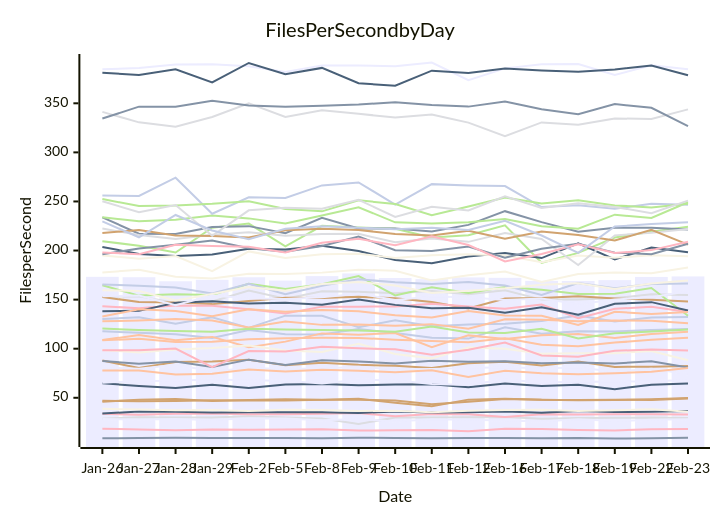
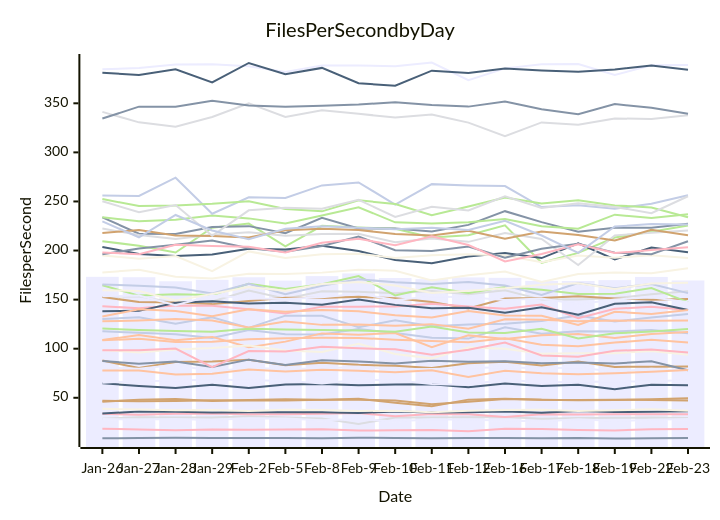
One commit to streetsidesoftware/cspell changed the diagram in perf-report.md. Above: the diagram before and after it, drawn with Mermaid. The commit also changed other lines of this file and 1 other file, not shown here.

````diff
--- a/perf-report.md
+++ b/perf-report.md
@@ -10,57 +10,57 @@
 ```mermaid
 xychart-beta
     title Files Per Second by Day
     y-axis Files per Second
     x-axis Date [Jan-26, Jan-27, Jan-28, Jan-29, Feb-2, Feb-5, Feb-8, Feb-9, Feb-10, Feb-11, Feb-12, Feb-16, Feb-17, Feb-18, Feb-19, Feb-22, Feb-23]
-    bar [173.21, 172.82, 168.69, 170.17, 172.76, 169.39, 173.94, 176.68, 172.01, 170.80, 172.59, 172.20, 169.11, 168.97, 169.87, 173.10, 173.62]
-    line [8.69, 9.06, 9.17, 8.90, 9.14, 9.10, 8.87, 9.39, 9.10, 8.79, 9.11, 8.93, 8.64, 9.05, 8.51, 8.78, 9.27]
-    line [108.52, 110.13, 106.78, 107.20, 109.65, 110.63, 111.16, 110.94, 109.21, 107.83, 106.68, 110.60, 103.95, 102.58, 106.20, 108.99, 111.18]
-    line [28.70, 30.12, 29.90, 29.99, 31.08, 29.80, 28.87, 23.26, 29.91, 29.82, 30.05, 30.35, 28.52, 29.28, 29.65, 29.97, 29.37]
-    line [209.49, 204.94, 198.04, 223.32, 227.45, 204.37, 225.14, 223.42, 222.08, 213.20, 215.50, 225.73, 187.50, 197.59, 213.32, 219.03, 224.20]
-    line [87.91, 80.34, 86.50, 86.84, 88.66, 83.22, 85.59, 83.52, 82.54, 80.25, 85.24, 86.74, 82.84, 86.83, 81.45, 81.71, 82.39]
-    line [130.32, 132.03, 125.54, 132.09, 121.09, 133.64, 133.48, 121.84, 129.06, 122.93, 124.68, 125.50, 128.25, 133.90, 127.83, 131.88, 132.33]
-    line [33.70, 32.82, 33.62, 33.93, 33.23, 33.25, 33.77, 34.38, 31.28, 33.43, 33.24, 30.53, 33.31, 33.04, 33.28, 33.21, 33.00]
-    line [203.69, 196.52, 194.52, 195.98, 201.87, 201.12, 204.97, 199.43, 190.33, 187.01, 193.91, 197.53, 192.34, 207.35, 190.87, 203.05, 198.17]
-    line [195.04, 191.69, 194.48, 178.97, 199.11, 192.32, 196.15, 196.80, 192.49, 195.28, 196.29, 194.83, 188.10, 194.84, 192.66, 195.15, 194.10]
-    line [80.80, 79.69, 83.58, 77.01, 80.34, 79.32, 79.86, 81.63, 78.70, 79.41, 80.42, 80.99, 80.08, 80.78, 76.61, 79.69, 73.99]
-    line [233.87, 217.12, 216.93, 224.01, 224.86, 217.64, 233.33, 222.49, 222.54, 219.50, 226.16, 240.10, 228.96, 219.08, 223.33, 223.11, 221.40]
-    line [127.88, 128.69, 130.23, 128.77, 121.54, 127.82, 124.27, 124.62, 123.31, 125.03, 120.42, 129.98, 129.47, 127.87, 128.69, 128.42, 125.90]
-    line [152.95, 153.44, 146.68, 148.04, 159.34, 150.93, 158.41, 157.97, 156.56, 158.71, 155.41, 159.62, 150.02, 150.05, 151.55, 155.58, 154.63]
-    line [233.83, 229.73, 231.27, 235.75, 232.76, 227.56, 235.60, 244.14, 228.71, 227.46, 228.82, 232.02, 224.80, 222.16, 236.53, 233.14, 249.19]
-    line [152.72, 147.54, 147.09, 145.41, 148.70, 151.93, 151.71, 152.93, 151.27, 147.55, 140.92, 151.13, 151.76, 153.31, 151.18, 149.85, 148.03]
-    line [256.11, 255.68, 274.20, 237.51, 254.20, 253.57, 266.34, 269.39, 246.86, 267.66, 266.35, 265.66, 244.28, 246.16, 242.48, 247.66, 246.58]
-    line [18.55, 17.57, 16.82, 17.76, 17.39, 17.79, 18.01, 16.74, 16.81, 17.17, 15.81, 18.35, 18.08, 17.18, 16.76, 17.88, 18.11]
-    line [33.94, 35.92, 35.70, 34.97, 35.24, 35.24, 35.29, 34.51, 36.01, 35.10, 35.21, 35.98, 34.82, 36.43, 35.46, 35.84, 36.60]
-    line [38.81, 37.93, 37.35, 37.58, 36.65, 37.87, 37.52, 36.62, 36.71, 35.21, 36.78, 37.62, 37.74, 36.57, 37.30, 38.24, 35.85]
-    line [384.72, 385.87, 389.43, 389.76, 387.86, 381.95, 388.55, 388.50, 387.75, 391.57, 373.53, 385.59, 389.88, 390.09, 378.81, 388.65, 384.76]
-    line [87.49, 84.71, 86.94, 81.29, 88.85, 83.51, 88.25, 87.06, 84.92, 87.81, 86.69, 87.24, 85.15, 85.90, 85.00, 87.17, 80.91]
-    line [77.74, 77.78, 73.82, 74.60, 78.73, 76.88, 78.62, 77.47, 76.02, 78.07, 71.09, 77.64, 74.87, 74.07, 74.98, 76.63, 80.40]
-    line [222.41, 215.81, 211.64, 216.10, 218.52, 215.06, 216.88, 216.99, 208.40, 212.31, 208.84, 217.81, 211.80, 185.28, 215.46, 218.06, 221.89]
-    line [164.60, 154.09, 155.59, 154.71, 166.16, 160.94, 165.57, 174.04, 154.30, 162.65, 156.66, 162.87, 159.96, 155.64, 155.90, 161.77, 133.49]
-    line [217.84, 220.87, 215.44, 214.77, 213.40, 220.70, 222.08, 221.01, 216.87, 215.38, 220.23, 212.12, 219.37, 215.84, 210.18, 221.20, 205.97]
-    line [117.78, 116.14, 114.78, 110.96, 118.96, 114.84, 114.56, 119.99, 116.03, 111.12, 110.27, 121.81, 115.35, 117.70, 117.45, 119.10, 119.94]
-    line [143.21, 141.20, 143.98, 143.78, 140.14, 135.87, 142.86, 142.75, 143.10, 145.82, 143.11, 140.65, 144.98, 130.98, 140.65, 142.78, 137.50]
-    line [64.72, 62.00, 60.00, 63.28, 59.94, 63.60, 64.06, 62.64, 63.65, 63.88, 60.68, 64.42, 62.12, 63.28, 58.66, 63.36, 64.64]
-    line [177.69, 180.46, 173.36, 171.47, 176.27, 176.08, 177.50, 180.37, 179.50, 169.53, 174.82, 178.71, 168.06, 176.19, 177.57, 176.95, 182.70]
-    line [65.41, 67.07, 67.22, 68.71, 67.83, 67.42, 64.50, 68.29, 67.95, 63.94, 63.10, 68.79, 65.40, 66.62, 66.45, 66.78, 67.99]
-    line [196.11, 202.03, 205.84, 210.33, 202.30, 198.84, 204.68, 214.35, 200.27, 199.54, 204.14, 192.69, 201.75, 206.87, 197.87, 196.25, 206.86]
-    line [108.80, 113.98, 108.63, 112.03, 101.57, 107.21, 115.59, 114.29, 115.98, 101.55, 113.56, 109.85, 113.73, 114.86, 110.85, 114.90, 117.25]
-    line [341.26, 330.59, 326.24, 336.05, 350.02, 336.18, 342.95, 339.36, 335.43, 338.51, 330.30, 316.59, 330.53, 328.24, 334.55, 334.07, 343.84]
-    line [252.46, 245.33, 245.88, 247.56, 250.17, 242.23, 239.94, 251.24, 247.36, 235.88, 244.92, 253.98, 247.84, 251.30, 245.99, 243.93, 247.66]
-    line [46.87, 46.43, 46.80, 47.45, 47.29, 47.35, 47.86, 48.05, 47.30, 43.46, 46.02, 48.76, 47.89, 47.85, 48.05, 47.61, 49.23]
-    line [165.48, 164.06, 162.34, 156.27, 166.07, 155.61, 164.06, 170.66, 167.78, 165.93, 167.97, 164.38, 154.74, 166.79, 161.65, 166.00, 166.53]
-    line [197.93, 196.32, 205.82, 204.70, 203.85, 198.04, 207.86, 211.91, 205.36, 214.41, 205.57, 188.86, 196.47, 206.41, 197.46, 200.43, 208.92]
-    line [138.21, 138.55, 146.90, 148.25, 146.04, 146.87, 144.71, 150.09, 144.64, 141.32, 141.68, 136.63, 142.32, 134.55, 145.82, 147.42, 138.82]
-    line [98.65, 96.11, 99.25, 100.66, 103.18, 98.24, 96.65, 104.96, 94.67, 90.15, 101.17, 99.92, 94.76, 95.38, 95.32, 97.68, 88.29]
-    line [28.41, 27.77, 28.43, 27.26, 29.20, 28.78, 27.22, 28.25, 25.94, 28.04, 27.66, 26.73, 25.95, 28.09, 26.29, 27.51, 28.24]
-    line [334.45, 346.57, 346.60, 352.58, 347.78, 346.57, 347.57, 348.75, 351.19, 348.15, 346.62, 351.78, 343.88, 338.94, 349.19, 345.47, 326.73]
-    line [132.73, 140.24, 138.48, 133.03, 140.20, 137.55, 139.32, 138.06, 134.03, 131.86, 138.50, 133.91, 133.44, 124.24, 137.70, 135.31, 137.50]
-    line [250.24, 239.03, 246.34, 215.04, 240.95, 243.60, 242.70, 251.69, 234.31, 244.51, 240.78, 255.22, 243.34, 248.23, 244.44, 238.03, 250.82]
-    line [120.57, 119.01, 117.99, 117.30, 120.43, 119.43, 118.96, 118.43, 117.39, 122.51, 116.51, 115.88, 120.25, 110.42, 115.69, 117.45, 119.45]
-    line [46.02, 47.96, 48.80, 46.78, 47.79, 48.42, 47.97, 48.95, 44.92, 41.33, 48.11, 48.93, 47.91, 47.47, 47.85, 48.58, 49.89]
-    line [229.64, 213.50, 236.23, 220.41, 211.45, 222.13, 224.72, 223.26, 221.76, 223.13, 220.88, 230.21, 215.32, 197.56, 224.48, 226.95, 228.86]
-    line [98.45, 98.30, 100.11, 81.16, 97.62, 97.16, 101.86, 100.35, 99.46, 93.91, 99.01, 106.34, 93.17, 91.86, 97.86, 99.22, 98.09]
-    line [381.11, 378.87, 384.64, 371.32, 391.09, 379.53, 386.07, 370.43, 367.95, 383.26, 380.80, 385.48, 383.39, 382.12, 384.41, 388.46, 378.57]
-    line [159.47, 158.84, 149.03, 155.81, 162.82, 158.93, 165.88, 167.89, 164.45, 156.78, 159.08, 161.56, 165.23, 166.55, 160.76, 166.40, 169.60]
-    line [153.48, 154.19, 144.39, 154.19, 151.10, 150.58, 152.48, 156.02, 149.70, 153.17, 152.51, 149.58, 151.17, 145.28, 150.19, 152.37, 158.44]
+    bar [173.21, 172.82, 168.69, 170.17, 172.76, 169.39, 173.94, 176.68, 172.01, 170.80, 172.59, 172.20, 169.11, 168.97, 169.87, 173.10, 169.52]
+    line [8.69, 9.06, 9.17, 8.90, 9.14, 9.10, 8.87, 9.39, 9.10, 8.79, 9.11, 8.93, 8.64, 9.05, 8.51, 8.78, 8.98]
+    line [108.52, 110.13, 106.78, 107.20, 109.65, 110.63, 111.16, 110.94, 109.21, 107.83, 106.68, 110.60, 103.95, 102.58, 106.20, 108.99, 106.23]
+    line [28.70, 30.12, 29.90, 29.99, 31.08, 29.80, 28.87, 23.26, 29.91, 29.82, 30.05, 30.35, 28.52, 29.28, 29.65, 29.97, 29.42]
+    line [209.49, 204.94, 198.04, 223.32, 227.45, 204.37, 225.14, 223.42, 222.08, 213.20, 215.50, 225.73, 187.50, 197.59, 213.32, 219.03, 225.40]
+    line [87.91, 80.34, 86.50, 86.84, 88.66, 83.22, 85.59, 83.52, 82.54, 80.25, 85.24, 86.74, 82.84, 86.83, 81.45, 81.71, 81.96]
+    line [130.32, 132.03, 125.54, 132.09, 121.09, 133.64, 133.48, 121.84, 129.06, 122.93, 124.68, 125.50, 128.25, 133.90, 127.83, 131.88, 135.36]
+    line [33.70, 32.82, 33.62, 33.93, 33.23, 33.25, 33.77, 34.38, 31.28, 33.43, 33.24, 30.53, 33.31, 33.04, 33.28, 33.21, 33.17]
+    line [203.69, 196.52, 194.52, 195.98, 201.87, 201.12, 204.97, 199.43, 190.33, 187.01, 193.91, 197.53, 192.34, 207.35, 190.87, 203.05, 198.23]
+    line [195.04, 191.69, 194.48, 178.97, 199.11, 192.32, 196.15, 196.80, 192.49, 195.28, 196.29, 194.83, 188.10, 194.84, 192.66, 195.15, 192.32]
+    line [80.80, 79.69, 83.58, 77.01, 80.34, 79.32, 79.86, 81.63, 78.70, 79.41, 80.42, 80.99, 80.08, 80.78, 76.61, 79.69, 77.15]
+    line [233.87, 217.12, 216.93, 224.01, 224.86, 217.64, 233.33, 222.49, 222.54, 219.50, 226.16, 240.10, 228.96, 219.08, 223.33, 223.11, 227.19]
+    line [127.88, 128.69, 130.23, 128.77, 121.54, 127.82, 124.27, 124.62, 123.31, 125.03, 120.42, 129.98, 129.47, 127.87, 128.69, 128.42, 128.71]
+    line [152.95, 153.44, 146.68, 148.04, 159.34, 150.93, 158.41, 157.97, 156.56, 158.71, 155.41, 159.62, 150.02, 150.05, 151.55, 155.58, 158.55]
+    line [233.83, 229.73, 231.27, 235.75, 232.76, 227.56, 235.60, 244.14, 228.71, 227.46, 228.82, 232.02, 224.80, 222.16, 236.53, 233.14, 236.87]
+    line [152.72, 147.54, 147.09, 145.41, 148.70, 151.93, 151.71, 152.93, 151.27, 147.55, 140.92, 151.13, 151.76, 153.31, 151.18, 149.85, 150.69]
+    line [256.11, 255.68, 274.20, 237.51, 254.20, 253.57, 266.34, 269.39, 246.86, 267.66, 266.35, 265.66, 244.28, 246.16, 242.48, 247.66, 256.36]
+    line [18.55, 17.57, 16.82, 17.76, 17.39, 17.79, 18.01, 16.74, 16.81, 17.17, 15.81, 18.35, 18.08, 17.18, 16.76, 17.88, 18.10]
+    line [33.94, 35.92, 35.70, 34.97, 35.24, 35.24, 35.29, 34.51, 36.01, 35.10, 35.21, 35.98, 34.82, 36.43, 35.46, 35.84, 36.34]
+    line [38.81, 37.93, 37.35, 37.58, 36.65, 37.87, 37.52, 36.62, 36.71, 35.21, 36.78, 37.62, 37.74, 36.57, 37.30, 38.24, 36.77]
+    line [384.72, 385.87, 389.43, 389.76, 387.86, 381.95, 388.55, 388.50, 387.75, 391.57, 373.53, 385.59, 389.88, 390.09, 378.81, 388.65, 389.04]
+    line [87.49, 84.71, 86.94, 81.29, 88.85, 83.51, 88.25, 87.06, 84.92, 87.81, 86.69, 87.24, 85.15, 85.90, 85.00, 87.17, 77.95]
+    line [77.74, 77.78, 73.82, 74.60, 78.73, 76.88, 78.62, 77.47, 76.02, 78.07, 71.09, 77.64, 74.87, 74.07, 74.98, 76.63, 78.24]
+    line [222.41, 215.81, 211.64, 216.10, 218.52, 215.06, 216.88, 216.99, 208.40, 212.31, 208.84, 217.81, 211.80, 185.28, 215.46, 218.06, 220.51]
+    line [164.60, 154.09, 155.59, 154.71, 166.16, 160.94, 165.57, 174.04, 154.30, 162.65, 156.66, 162.87, 159.96, 155.64, 155.90, 161.77, 147.50]
+    line [217.84, 220.87, 215.44, 214.77, 213.40, 220.70, 222.08, 221.01, 216.87, 215.38, 220.23, 212.12, 219.37, 215.84, 210.18, 221.20, 215.57]
+    line [117.78, 116.14, 114.78, 110.96, 118.96, 114.84, 114.56, 119.99, 116.03, 111.12, 110.27, 121.81, 115.35, 117.70, 117.45, 119.10, 115.72]
+    line [143.21, 141.20, 143.98, 143.78, 140.14, 135.87, 142.86, 142.75, 143.10, 145.82, 143.11, 140.65, 144.98, 130.98, 140.65, 142.78, 139.39]
+    line [64.72, 62.00, 60.00, 63.28, 59.94, 63.60, 64.06, 62.64, 63.65, 63.88, 60.68, 64.42, 62.12, 63.28, 58.66, 63.36, 62.75]
+    line [177.69, 180.46, 173.36, 171.47, 176.27, 176.08, 177.50, 180.37, 179.50, 169.53, 174.82, 178.71, 168.06, 176.19, 177.57, 176.95, 181.84]
+    line [65.41, 67.07, 67.22, 68.71, 67.83, 67.42, 64.50, 68.29, 67.95, 63.94, 63.10, 68.79, 65.40, 66.62, 66.45, 66.78, 68.09]
+    line [196.11, 202.03, 205.84, 210.33, 202.30, 198.84, 204.68, 214.35, 200.27, 199.54, 204.14, 192.69, 201.75, 206.87, 197.87, 196.25, 209.40]
+    line [108.80, 113.98, 108.63, 112.03, 101.57, 107.21, 115.59, 114.29, 115.98, 101.55, 113.56, 109.85, 113.73, 114.86, 110.85, 114.90, 116.94]
+    line [341.26, 330.59, 326.24, 336.05, 350.02, 336.18, 342.95, 339.36, 335.43, 338.51, 330.30, 316.59, 330.53, 328.24, 334.55, 334.07, 337.95]
+    line [252.46, 245.33, 245.88, 247.56, 250.17, 242.23, 239.94, 251.24, 247.36, 235.88, 244.92, 253.98, 247.84, 251.30, 245.99, 243.93, 233.93]
+    line [46.87, 46.43, 46.80, 47.45, 47.29, 47.35, 47.86, 48.05, 47.30, 43.46, 46.02, 48.76, 47.89, 47.85, 48.05, 47.61, 47.20]
+    line [165.48, 164.06, 162.34, 156.27, 166.07, 155.61, 164.06, 170.66, 167.78, 165.93, 167.97, 164.38, 154.74, 166.79, 161.65, 166.00, 156.64]
+    line [197.93, 196.32, 205.82, 204.70, 203.85, 198.04, 207.86, 211.91, 205.36, 214.41, 205.57, 188.86, 196.47, 206.41, 197.46, 200.43, 203.43]
+    line [138.21, 138.55, 146.90, 148.25, 146.04, 146.87, 144.71, 150.09, 144.64, 141.32, 141.68, 136.63, 142.32, 134.55, 145.82, 147.42, 139.34]
+    line [98.65, 96.11, 99.25, 100.66, 103.18, 98.24, 96.65, 104.96, 94.67, 90.15, 101.17, 99.92, 94.76, 95.38, 95.32, 97.68, 93.94]
+    line [28.41, 27.77, 28.43, 27.26, 29.20, 28.78, 27.22, 28.25, 25.94, 28.04, 27.66, 26.73, 25.95, 28.09, 26.29, 27.51, 28.29]
+    line [334.45, 346.57, 346.60, 352.58, 347.78, 346.57, 347.57, 348.75, 351.19, 348.15, 346.62, 351.78, 343.88, 338.94, 349.19, 345.47, 339.39]
+    line [132.73, 140.24, 138.48, 133.03, 140.20, 137.55, 139.32, 138.06, 134.03, 131.86, 138.50, 133.91, 133.44, 124.24, 137.70, 135.31, 139.52]
+    line [250.24, 239.03, 246.34, 215.04, 240.95, 243.60, 242.70, 251.69, 234.31, 244.51, 240.78, 255.22, 243.34, 248.23, 244.44, 238.03, 255.33]
+    line [120.57, 119.01, 117.99, 117.30, 120.43, 119.43, 118.96, 118.43, 117.39, 122.51, 116.51, 115.88, 120.25, 110.42, 115.69, 117.45, 119.97]
+    line [46.02, 47.96, 48.80, 46.78, 47.79, 48.42, 47.97, 48.95, 44.92, 41.33, 48.11, 48.93, 47.91, 47.47, 47.85, 48.58, 49.42]
+    line [229.64, 213.50, 236.23, 220.41, 211.45, 222.13, 224.72, 223.26, 221.76, 223.13, 220.88, 230.21, 215.32, 197.56, 224.48, 226.95, 226.51]
+    line [98.45, 98.30, 100.11, 81.16, 97.62, 97.16, 101.86, 100.35, 99.46, 93.91, 99.01, 106.34, 93.17, 91.86, 97.86, 99.22, 96.08]
+    line [381.11, 378.87, 384.64, 371.32, 391.09, 379.53, 386.07, 370.43, 367.95, 383.26, 380.80, 385.48, 383.39, 382.12, 384.41, 388.46, 384.20]
+    line [159.47, 158.84, 149.03, 155.81, 162.82, 158.93, 165.88, 167.89, 164.45, 156.78, 159.08, 161.56, 165.23, 166.55, 160.76, 166.40, 167.25]
+    line [153.48, 154.19, 144.39, 154.19, 151.10, 150.58, 152.48, 156.02, 149.70, 153.17, 152.51, 149.58, 151.17, 145.28, 150.19, 152.37, 147.43]
 ```
````
